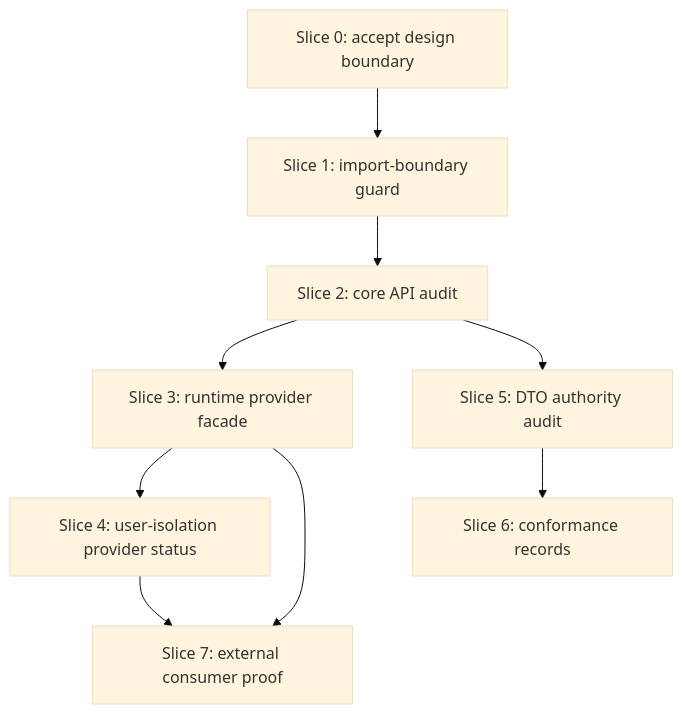
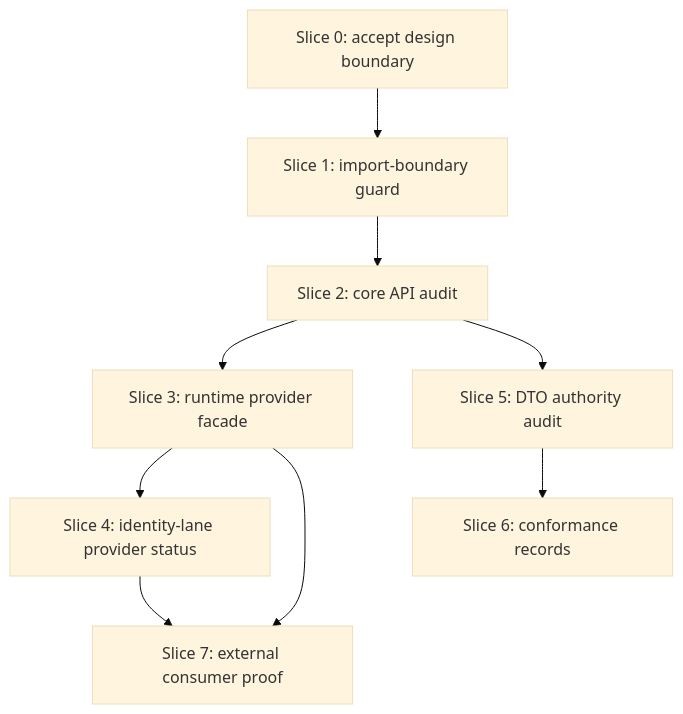
Before and after one commit to dredozubov/hazmat: diagram 11 of 11 in docs/plans/2026-06-27-reusable-runtime-core-user-isolation-design.md, drawn with Mermaid (base theme). The commit also changed other lines of this file and 2 other files, not shown here.

````diff
--- a/docs/plans/2026-06-27-reusable-runtime-core-user-isolation-design.md
+++ b/docs/plans/2026-06-27-reusable-runtime-core-user-isolation-design.md
@@ -617,20 +707,20 @@
 ```mermaid
 flowchart TD
     s0["Slice 0: accept design boundary"]
     s1["Slice 1: import-boundary guard"]
     s2["Slice 2: core API audit"]
     s3["Slice 3: runtime provider facade"]
-    s4["Slice 4: user-isolation provider status"]
+    s4["Slice 4: identity-lane provider status"]
     s5["Slice 5: DTO authority audit"]
     s6["Slice 6: conformance records"]
     s7["Slice 7: external consumer proof"]
 
     s0 --> s1
     s1 --> s2
     s2 --> s3
     s3 --> s4
     s2 --> s5
     s5 --> s6
     s3 --> s7
     s4 --> s7
 ```
````
